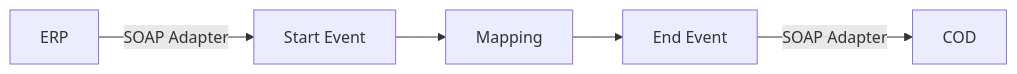
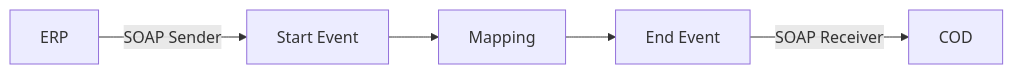
One commit to Avvale-IA-CICD/AvvaleCPI changed the diagram in REPSOL - Demo IA Docs/Check_Connectivity_from_SAP_Business_Suite_-_REPSOL/1.0.3/readme.md. Above: the diagram before and after it, drawn with Mermaid. The commit also changed other lines of this file, not shown here.

````diff
--- a/REPSOL - Demo IA Docs/Check_Connectivity_from_SAP_Business_Suite_-_REPSOL/1.0.3/readme.md
+++ b/REPSOL - Demo IA Docs/Check_Connectivity_from_SAP_Business_Suite_-_REPSOL/1.0.3/readme.md
@@ -4,7 +4,7 @@
 ```mermaid
 graph LR
-    ERP[ERP] -->|SOAP Adapter| StartEvent
+    ERP[ERP] -->|SOAP Sender| StartEvent
     StartEvent[Start Event] --> Mapping
     Mapping[Mapping] --> EndEvent
-    EndEvent[End Event] -->|SOAP Adapter| COD[COD]
+    EndEvent[End Event] -->|SOAP Receiver| COD[COD]
 ```
````
